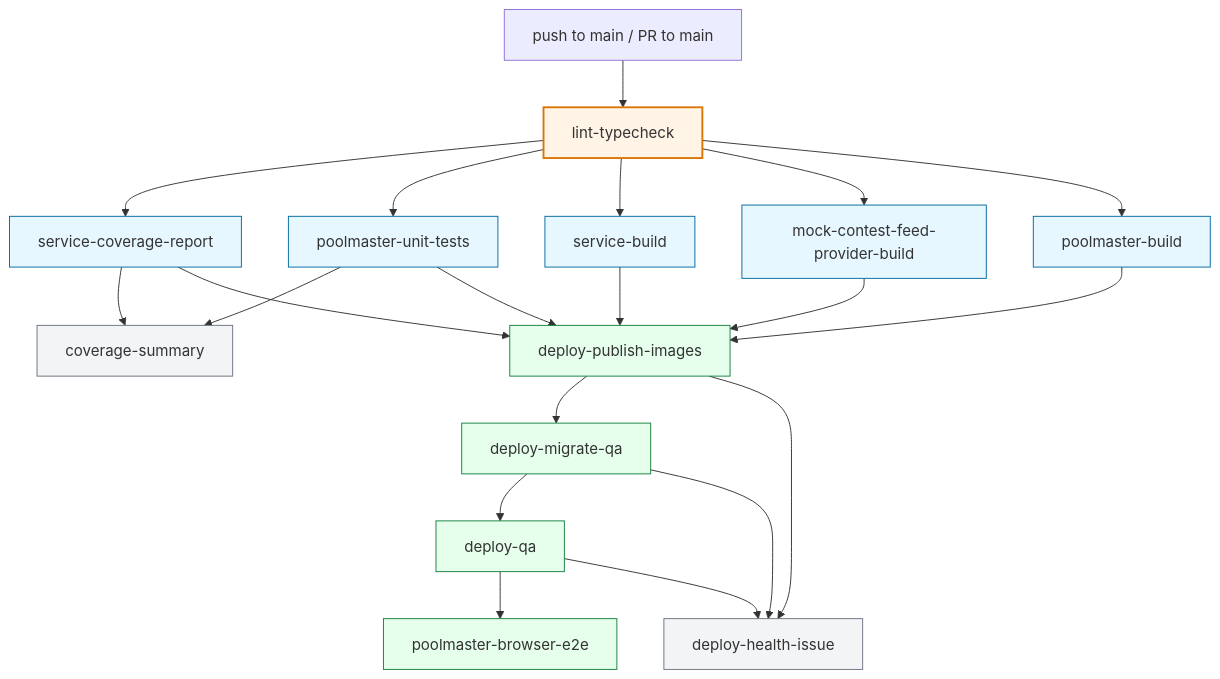
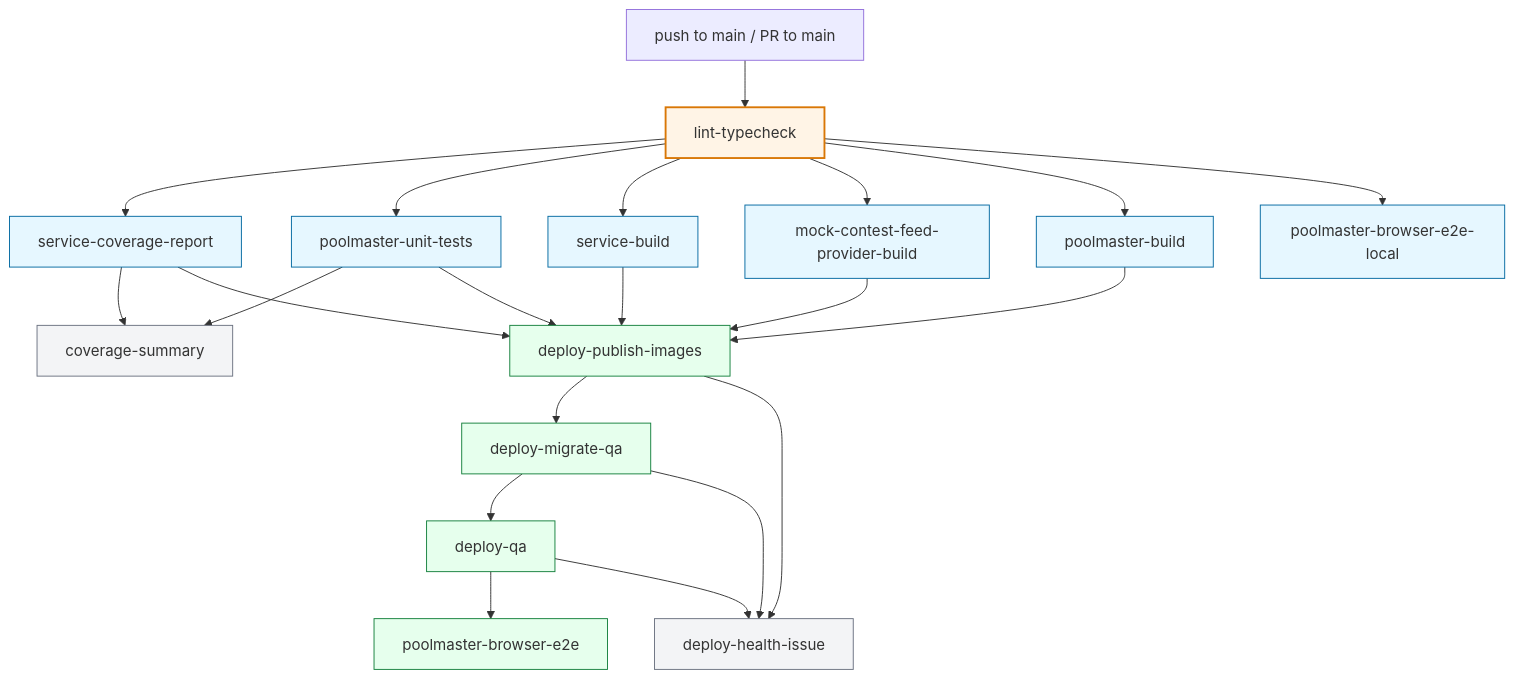
Before and after one commit to derek-dorazio/pool-master: the first of 2 diagrams in docs/CI-AND-QUALITY-GATES.md, drawn with Mermaid. The commit also changed other lines of this file and 15 other files, not shown here.

````diff
--- a/docs/CI-AND-QUALITY-GATES.md
+++ b/docs/CI-AND-QUALITY-GATES.md
@@ -129,36 +129,37 @@
 ```mermaid
 flowchart TD
   T[push to main / PR to main] --> LT[lint-typecheck]
 
   LT --> SC[service-coverage-report]
   LT --> PU[poolmaster-unit-tests]
   LT --> SB[service-build]
   LT --> MB[mock-contest-feed-provider-build]
   LT --> PB[poolmaster-build]
+  LT --> EL[poolmaster-browser-e2e-local]
 
   SC --> CS[coverage-summary]
   PU --> CS
 
   SC --> PI[deploy-publish-images]
   PU --> PI
   SB --> PI
   MB --> PI
   PB --> PI
 
   PI --> MQ[deploy-migrate-qa]
   MQ --> DQ[deploy-qa]
   DQ --> E2E[poolmaster-browser-e2e]
   PI --> DH[deploy-health-issue]
   MQ --> DH
   DQ --> DH
 
   classDef gate fill:#fff4e6,stroke:#d97706,stroke-width:2px
   classDef test fill:#e6f7ff,stroke:#0369a1
   classDef deploy fill:#e6ffed,stroke:#15803d
   classDef report fill:#f3f4f6,stroke:#6b7280
 
   class LT gate
-  class SC,PU,SB,MB,PB test
+  class SC,PU,SB,MB,PB,EL test
   class PI,MQ,DQ,E2E deploy
   class CS,DH report
 ```
````
